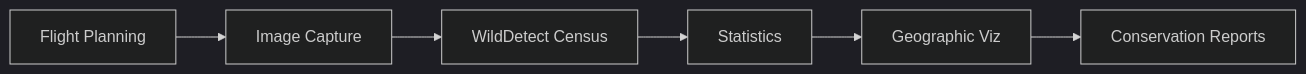
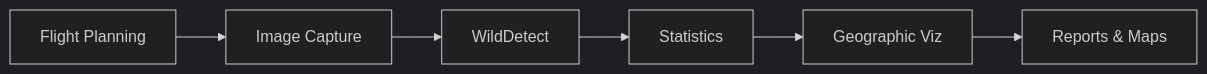
One commit to FadelMamar/wildetect changed the third of 3 diagrams in docs/index.md. Above: the diagram before and after it, drawn with Mermaid (dark theme). The commit also changed other lines of this file and 45 other files, not shown here.

````diff
--- a/docs/index.md
+++ b/docs/index.md
@@ -139,8 +139,8 @@
 ```mermaid
 graph LR
     A[Flight Planning] --> B[Image Capture]
-    B --> C[WildDetect Census]
+    B --> C[WildDetect]
     C --> D[Statistics]
     D --> E[Geographic Viz]
-    E --> F[Conservation Reports]
+    E --> F[Reports & Maps]
 ```
````
